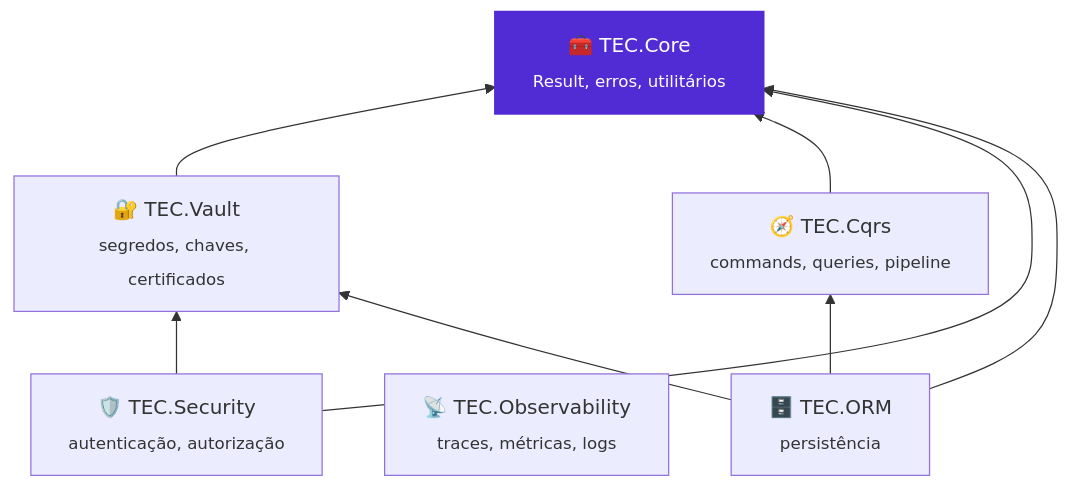
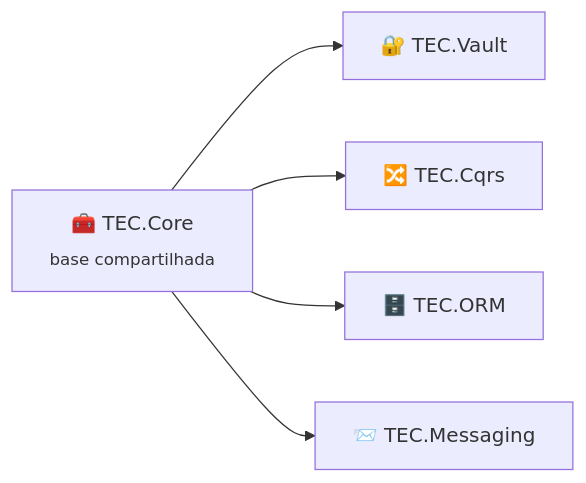
The diagram in README.md (tudoemcodigo/lib-tec-core), drawn with Mermaid before and after one commit. The commit also changed other lines of this file and 56 other files, not shown here.

Commit message:
chore: publish TEC.Core 0.0.1

````diff
--- a/README.md
+++ b/README.md
@@ -67,18 +56,7 @@
 ```mermaid
-flowchart BT
-    Core["🧰 TEC.Core<br/><sub>Result, erros, utilitários</sub>"]
-    Vault["🔐 TEC.Vault<br/><sub>segredos, chaves, certificados</sub>"]
-    Cqrs["🧭 TEC.Cqrs<br/><sub>commands, queries, pipeline</sub>"]
-    Sec["🛡️ TEC.Security<br/><sub>autenticação, autorização</sub>"]
-    Obs["📡 TEC.Observability<br/><sub>traces, métricas, logs</sub>"]
-    Orm["🗄️ TEC.ORM<br/><sub>persistência</sub>"]
-    Vault --> Core
-    Cqrs --> Core
-    Sec --> Core
-    Sec --> Vault
-    Orm --> Core
-    Orm --> Cqrs
-    Orm --> Vault
-    classDef atual fill:#512BD4,color:#fff,stroke:#512BD4,stroke-width:2px
-    class Core atual
+flowchart LR
+    C["🧰 TEC.Core<br/><sub>base compartilhada</sub>"] --> V["🔐 TEC.Vault"]
+    C --> Q["🔀 TEC.Cqrs"]
+    C --> O["🗄️ TEC.ORM"]
+    C --> M["📨 TEC.Messaging"]
 ```
````
